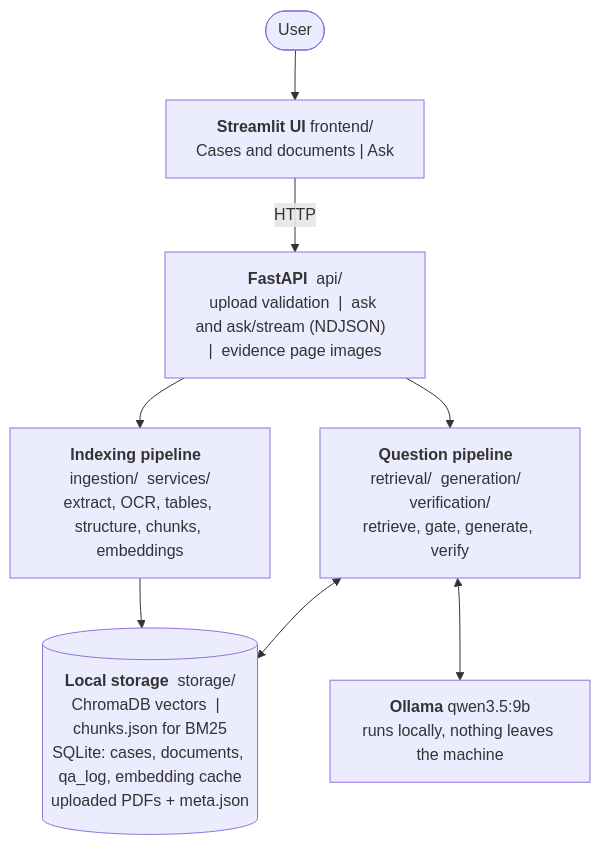
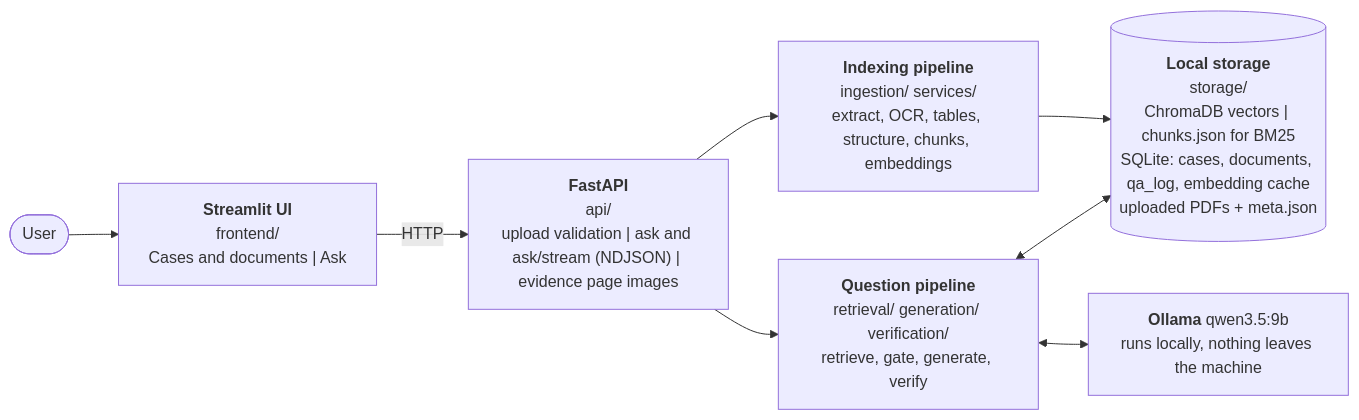
One commit to ArSravan/LexoraAI changed the diagram in docs/overview.mmd. Above: the diagram before and after it, drawn with Mermaid. The commit also changed 9 other files, not shown here.

Commit message:
Rewrite the README and add the extended-features, evaluation-analysis and UI-verification documents

```diff
--- a/docs/overview.mmd
+++ b/docs/overview.mmd
@@ -1,8 +1,8 @@
-flowchart TB
-    user(["User"]) --> ui["<b>Streamlit UI</b>  frontend/<br/>Cases and documents  |  Ask"]
-    ui -- "HTTP" --> api["<b>FastAPI</b>  api/<br/>upload validation  |  ask and ask/stream (NDJSON)  |  evidence page images"]
-    api --> indexing["<b>Indexing pipeline</b>  ingestion/  services/<br/>extract, OCR, tables, structure, chunks, embeddings"]
-    api --> qa["<b>Question pipeline</b>  retrieval/  generation/  verification/<br/>retrieve, gate, generate, verify"]
-    indexing --> store[("<b>Local storage</b>  storage/<br/>ChromaDB vectors  |  chunks.json for BM25<br/>SQLite: cases, documents, qa_log, embedding cache<br/>uploaded PDFs + meta.json")]
+flowchart LR
+    user(["User"]) --> ui["<b>Streamlit UI</b><br/>frontend/<br/>Cases and documents | Ask"]
+    ui -- "HTTP" --> api["<b>FastAPI</b><br/>api/<br/>upload validation | ask and ask/stream (NDJSON) | evidence page images"]
+    api --> indexing["<b>Indexing pipeline</b><br/>ingestion/ services/<br/>extract, OCR, tables, structure, chunks, embeddings"]
+    api --> qa["<b>Question pipeline</b><br/>retrieval/ generation/ verification/<br/>retrieve, gate, generate, verify"]
+    indexing --> store[("<b>Local storage</b><br/>storage/<br/>ChromaDB vectors | chunks.json for BM25<br/>SQLite: cases, documents, qa_log, embedding cache<br/>uploaded PDFs + meta.json")]
     qa <--> store
     qa <--> llm["<b>Ollama</b> qwen3.5:9b<br/>runs locally, nothing leaves the machine"]
```
